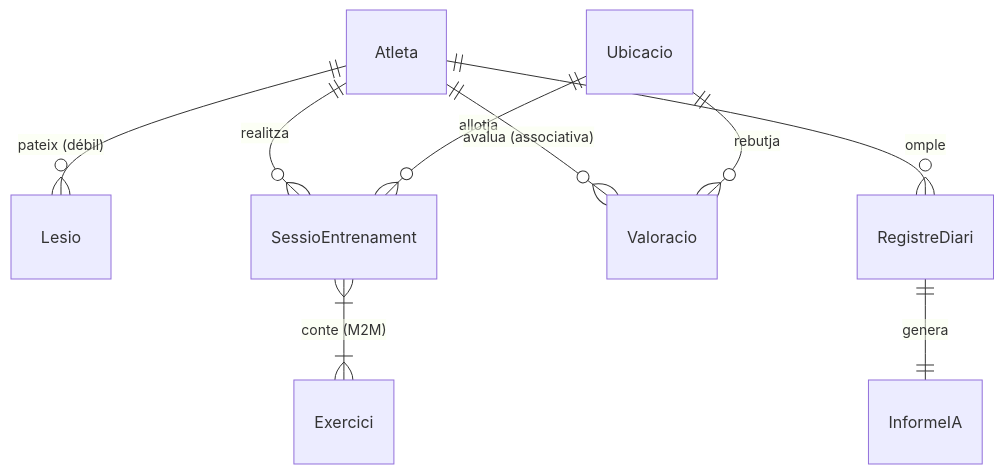
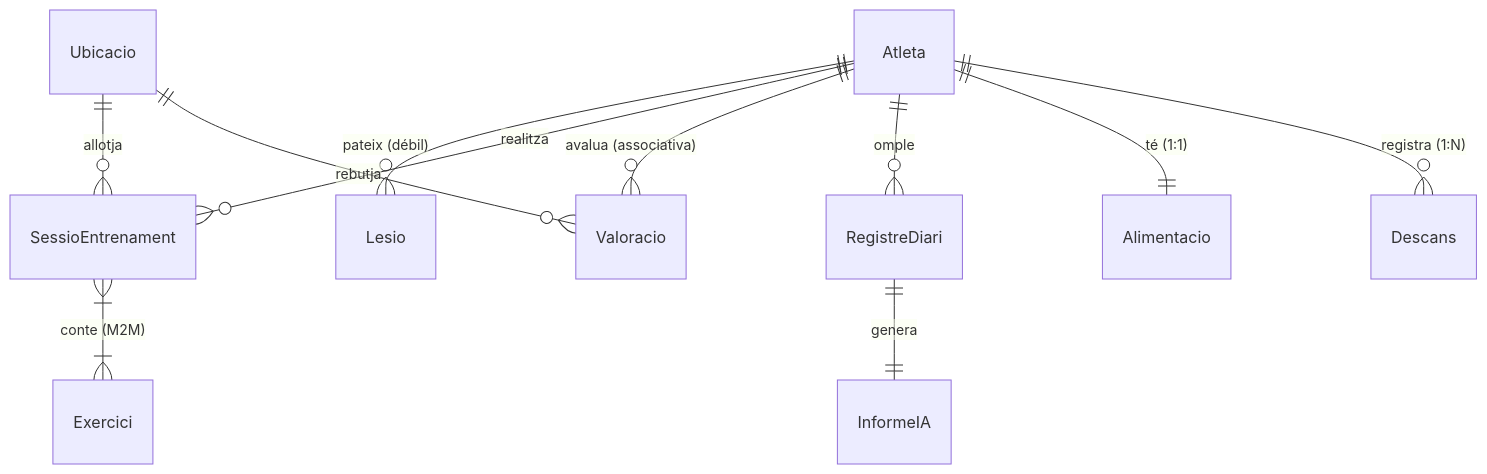
Before and after one commit to hugohf05/GoUp_ai: the diagram in arquitectura_projecte.md, drawn with Mermaid. The commit also changed other lines of this file and 12 other files, not shown here.

````diff
--- a/arquitectura_projecte.md
+++ b/arquitectura_projecte.md
@@ -26,11 +26,13 @@
 ```mermaid
 erDiagram
     Atleta ||--o{ Lesio : "pateix (débil)"
     Atleta ||--o{ SessioEntrenament : "realitza"
     Ubicacio ||--o{ SessioEntrenament : "allotja"
     Atleta ||--o{ Valoracio : "avalua (associativa)"
     Ubicacio ||--o{ Valoracio : "rebutja"
     SessioEntrenament }|--|{ Exercici : "conte (M2M)"
     Atleta ||--o{ RegistreDiari : "omple"
     RegistreDiari ||--|| InformeIA : "genera"
+    Atleta ||--|| Alimentacio : "té (1:1)"
+    Atleta ||--o{ Descans : "registra (1:N)"
 ```
````
